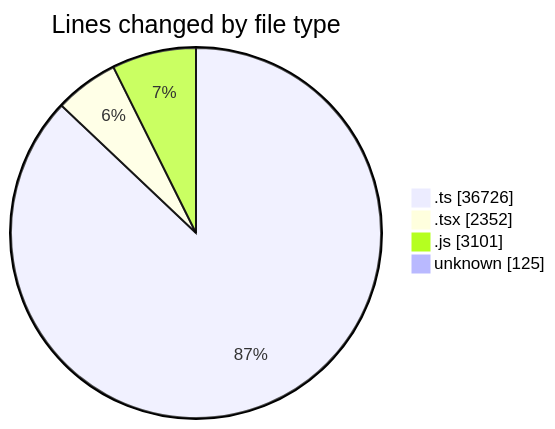
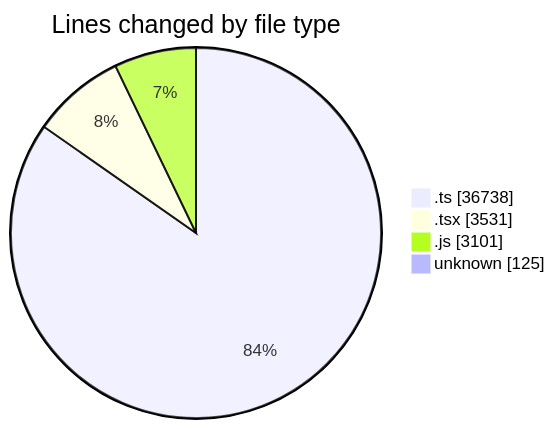
The first of 2 diagrams in 2026-09-18/cda/README.md (momahboobian/code-tracking), drawn with Mermaid before and after one commit. The commit also changed other lines of this file and 1 other file, not shown here.

````diff
--- a/2026-09-18/cda/README.md
+++ b/2026-09-18/cda/README.md
@@ -49,8 +52,8 @@
 ```mermaid
 pie showData
 title Lines changed by file type
-".ts" : 36726
-".tsx" : 2352
+".ts" : 36738
+".tsx" : 3531
 ".js" : 3101
 "unknown" : 125
 ```
````
